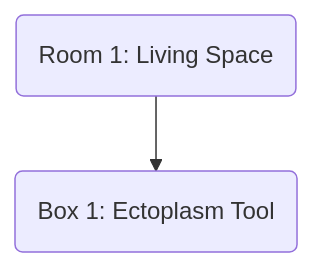
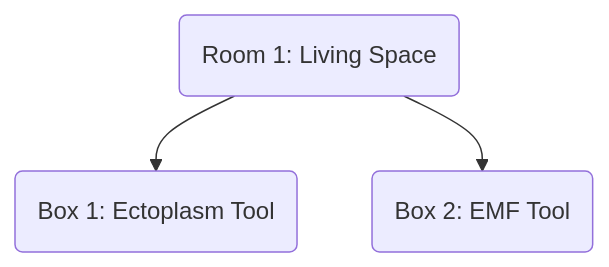
Before and after one commit to open-sesame-escape/open-sesame-escape.github.io: the diagram in content/rooms/ghost-chasers/index.md, drawn with Mermaid. The commit also changed other lines of this file and 3 other files, not shown here.

Commit message:
Add EMF tool to ghost chasers

```diff
--- a/content/rooms/ghost-chasers/index.md
+++ b/content/rooms/ghost-chasers/index.md
@@ -75,5 +105,6 @@
 {{< mermaid align="center" >}}
 graph TB;
-  R1(Room 1: Living Space) --> B1
+  R1(Room 1: Living Space) --> B1 & B2
   B1(Box 1: Ectoplasm Tool)
+  B2(Box 2: EMF Tool)
 {{< /mermaid >}}
```
